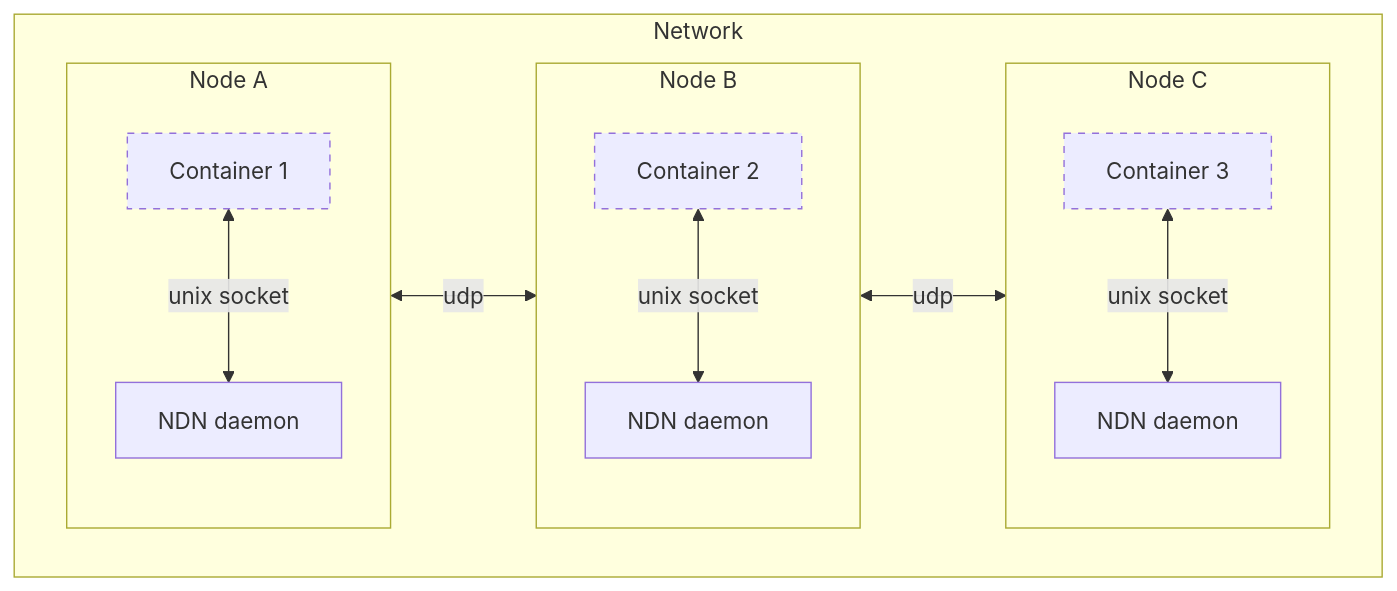
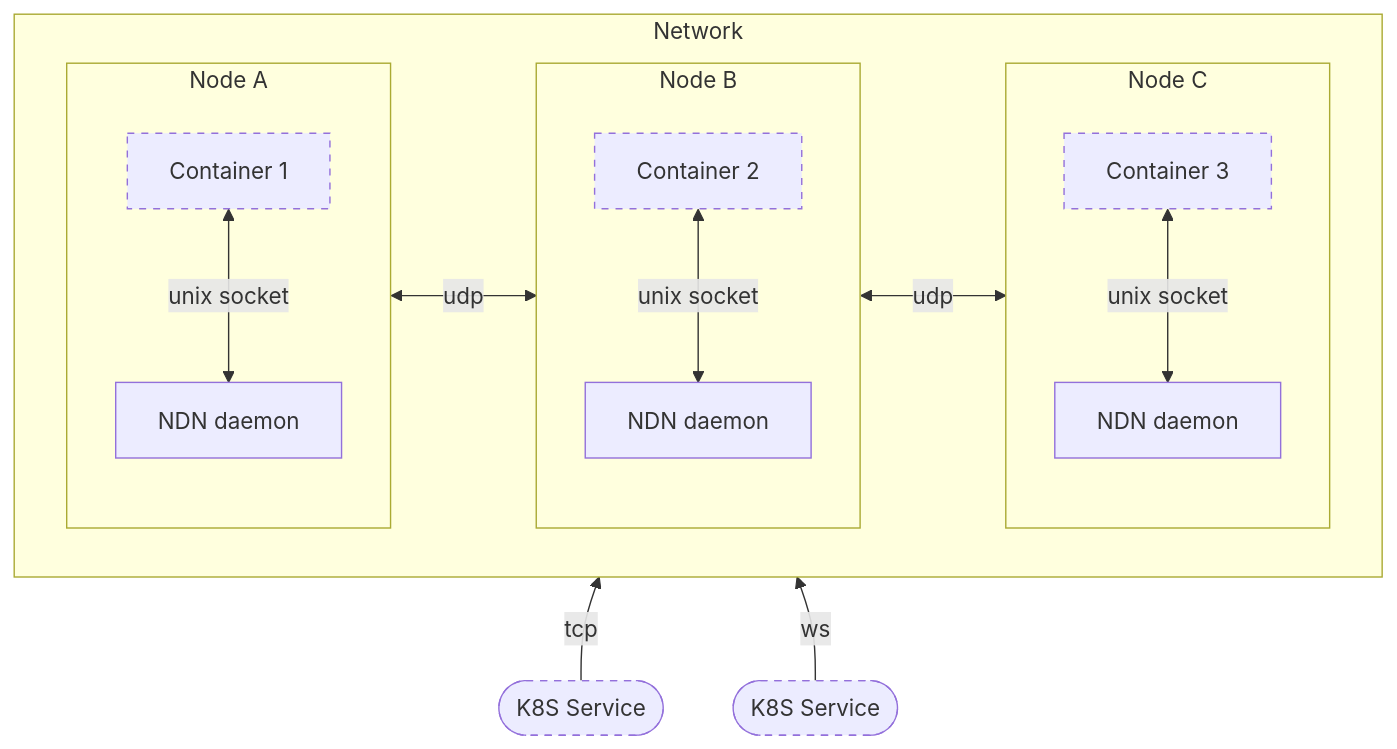
Before and after one commit to ndn-operator/ndn-operator: the diagram in README.md, drawn with Mermaid. The commit also changed other lines of this file and 7 other files, not shown here.

````diff
--- a/README.md
+++ b/README.md
@@ -51,22 +51,22 @@
 ```mermaid
-flowchart LR
+flowchart BT
   subgraph N[Network]
   direction LR
     subgraph r_A[Node A]
     direction TB
       app_a1[Container 1]:::dotted <--unix socket--> ndnd_a1[NDN daemon]
     end
     subgraph r_B[Node B]
     direction TB
       app_b1[Container 2]:::dotted <--unix socket--> ndnd_b1[NDN daemon]
     end
     subgraph r_C[Node C]
     direction TB
       app_c1[Container 3]:::dotted <--unix socket--> ndnd_c1[NDN daemon]
     end
     r_A <--udp--> r_B <--udp--> r_C
   end
-
-
+  s1([K8S Service]):::dotted --tcp--> N
+  s2([K8S Service]):::dotted --ws--> N
   classDef dotted stroke-dasharray: 5 5
 ```
````
